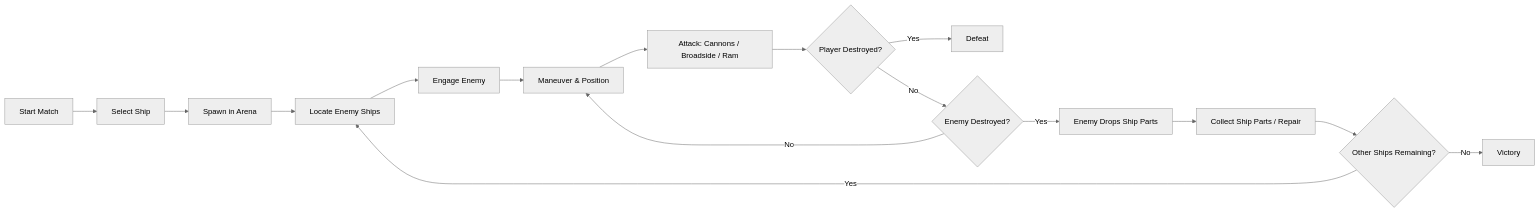
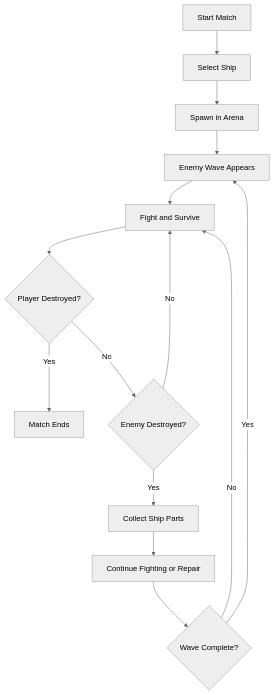
One commit to TheRoyTomer/PiratesOfTheMediterranean changed the first of 2 diagrams in Docs/GDD.md. Above: the diagram before and after it, drawn with Mermaid (neutral theme). The commit also changed other lines of this file and 37 other files, not shown here.

Commit message:
Add ship parts pickup spawn and floating visuals

````diff
--- a/Docs/GDD.md
+++ b/Docs/GDD.md
@@ -28,24 +30,16 @@
 ```mermaid
-flowchart LR
-
-    A[Start Match] --> B[Select Ship]
-    B --> C[Spawn in Arena]
-    C --> D[Locate Enemy Ships]
-    D --> E[Engage Enemy]
-    E --> F[Maneuver & Position]
-    F --> G[Attack: Cannons / Broadside / Ram]
-
-    G --> H{Player Destroyed?}
-
-    H -- Yes --> I[Defeat]
-    H -- No --> J{Enemy Destroyed?}
-
-    J -- No --> F
-    J -- Yes --> K[Enemy Drops Ship Parts]
-
-    K --> L[Collect Ship Parts / Repair]
-    L --> M{Other Ships Remaining?}
-
-    M -- Yes --> D
-    M -- No --> N[Victory]
+flowchart TD
+    A["Start Match"] --> B["Select Ship"]
+    B --> C["Spawn in Arena"]
+    C --> D["Enemy Wave Appears"]
+    D --> E["Fight and Survive"]
+    E --> F{"Player Destroyed?"}
+    F -- Yes --> G["Match Ends"]
+    F -- No --> H{"Enemy Destroyed?"}
+    H -- Yes --> I["Collect Ship Parts"]
+    H -- No --> E
+    I --> J["Continue Fighting or Repair"]
+    J --> K{"Wave Complete?"}
+    K -- No --> E
+    K -- Yes --> D
 ```
````
